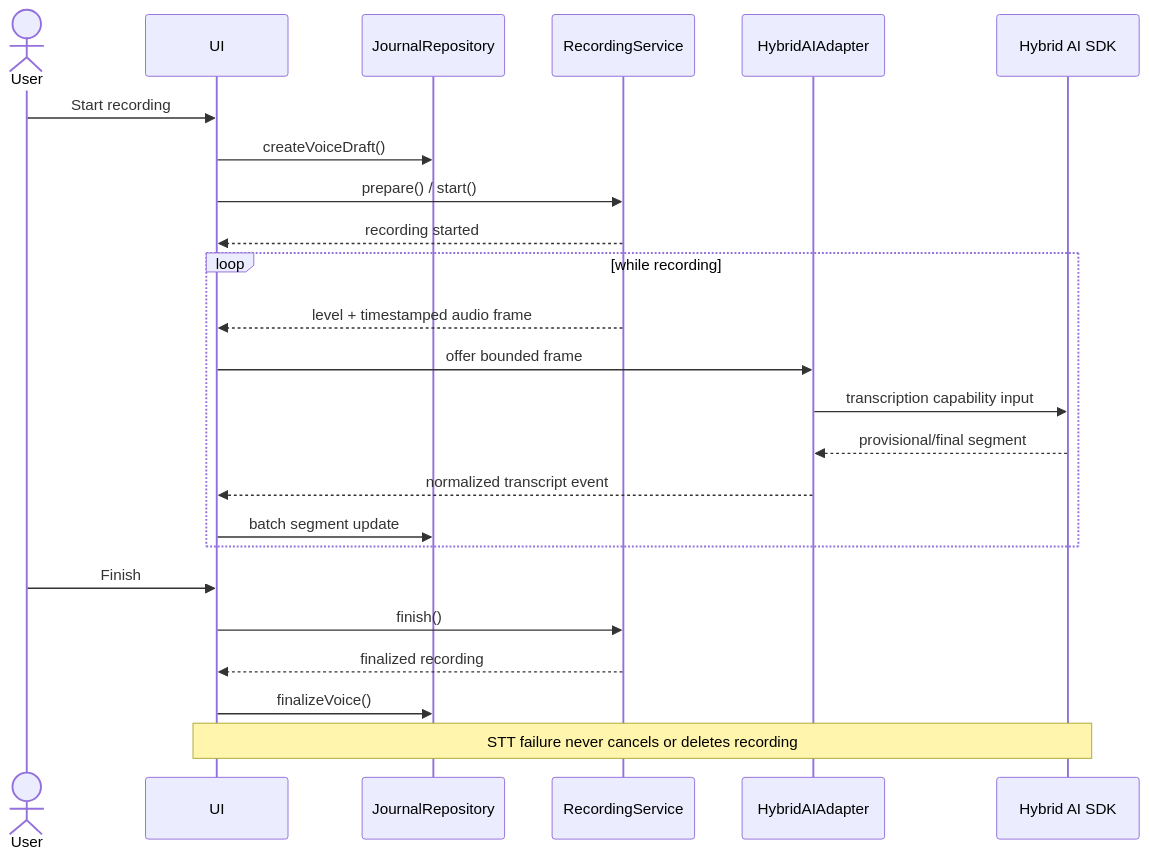
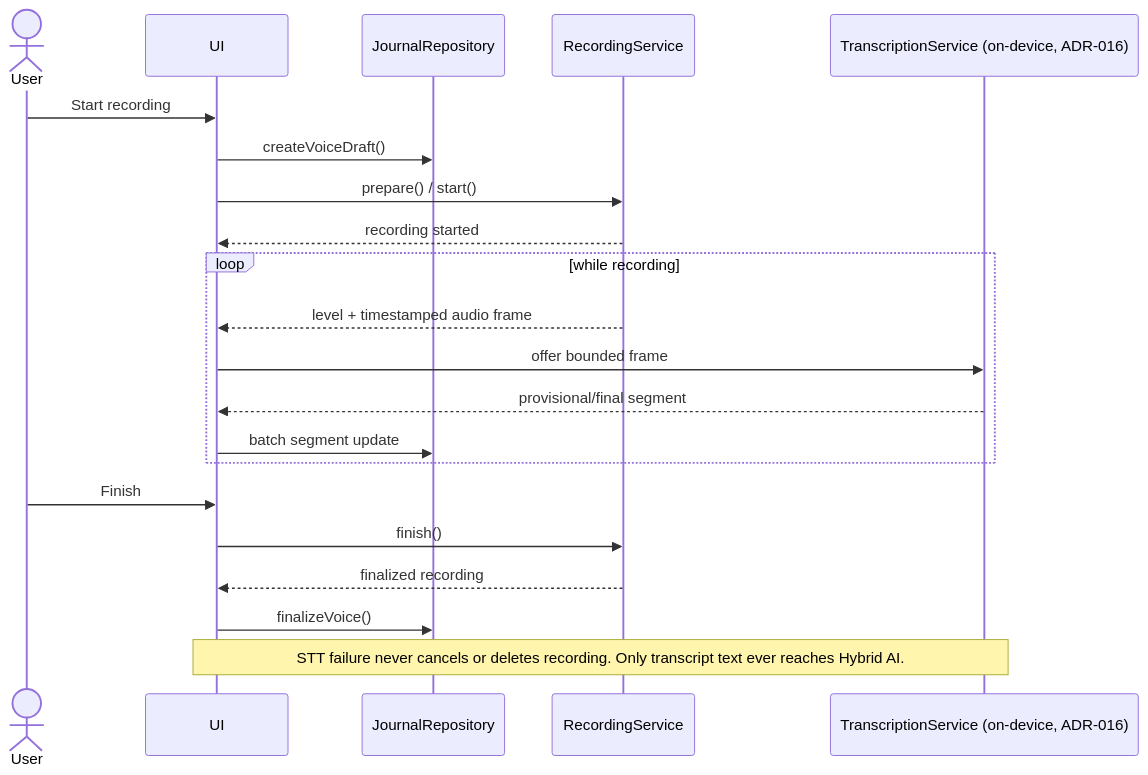
Before and after one commit to ashrithyvs/audio-journal: the third of 9 diagrams in docs/uml-diagrams.md, drawn with Mermaid. The commit also changed 7 other files, not shown here.

First line of the commit message:
docs(adr-016): transcription is application-owned; SDK receives text

````diff
--- a/docs/uml-diagrams.md
+++ b/docs/uml-diagrams.md
@@ -45,27 +45,24 @@
 ```mermaid
 sequenceDiagram
     actor User
     participant UI
     participant Repo as JournalRepository
     participant Rec as RecordingService
-    participant AI as HybridAIAdapter
-    participant SDK as Hybrid AI SDK
+    participant STT as TranscriptionService (on-device, ADR-016)
 
     User->>UI: Start recording
     UI->>Repo: createVoiceDraft()
     UI->>Rec: prepare() / start()
     Rec-->>UI: recording started
     loop while recording
         Rec-->>UI: level + timestamped audio frame
-        UI->>AI: offer bounded frame
-        AI->>SDK: transcription capability input
-        SDK-->>AI: provisional/final segment
-        AI-->>UI: normalized transcript event
+        UI->>STT: offer bounded frame
+        STT-->>UI: provisional/final segment
         UI->>Repo: batch segment update
     end
     User->>UI: Finish
     UI->>Rec: finish()
     Rec-->>UI: finalized recording
     UI->>Repo: finalizeVoice()
-    Note over UI,SDK: STT failure never cancels or deletes recording
+    Note over UI,STT: STT failure never cancels or deletes recording. Only transcript text ever reaches Hybrid AI.
 ```
````
